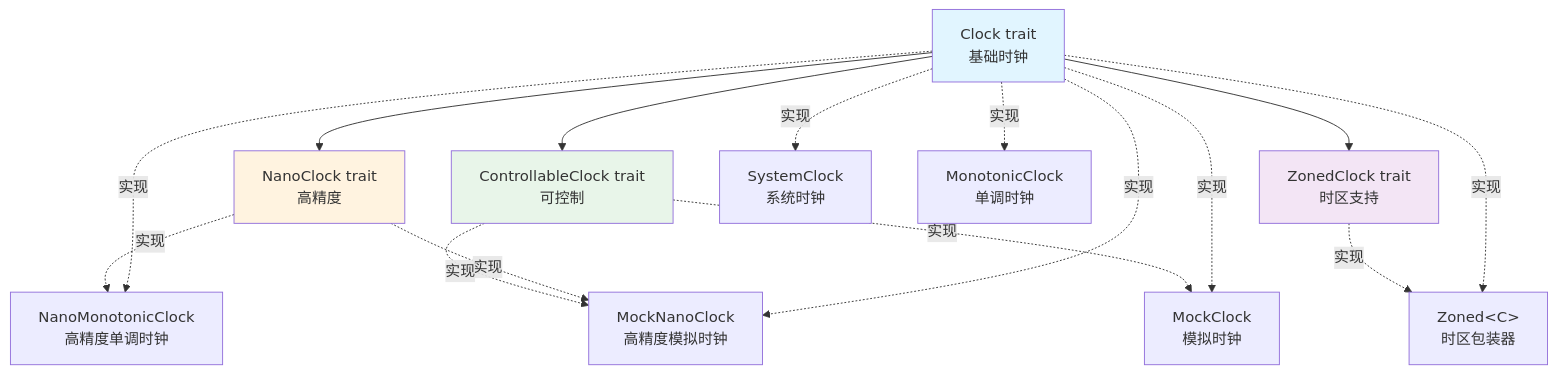
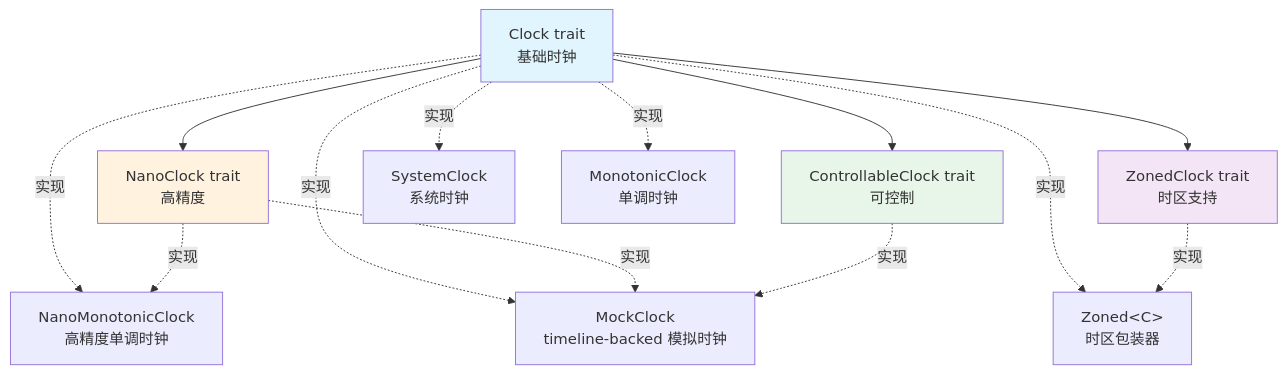
One commit to qubit-ltd/rs-clock changed the first of 2 diagrams in doc/clock_design.zh_CN.md. Above: the diagram before and after it, drawn with Mermaid. The commit also changed other lines of this file and 32 other files, not shown here.

````diff
--- a/doc/clock_design.zh_CN.md
+++ b/doc/clock_design.zh_CN.md
@@ -71,36 +75,33 @@
 ```mermaid
 graph TD
     Clock[Clock trait<br/>基础时钟]
     NanoClock[NanoClock trait<br/>高精度]
     ZonedClock[ZonedClock trait<br/>时区支持]
     ControllableClock[ControllableClock trait<br/>可控制]
 
     SystemClock[SystemClock<br/>系统时钟]
     MonotonicClock[MonotonicClock<br/>单调时钟]
     NanoMonotonicClock[NanoMonotonicClock<br/>高精度单调时钟]
-    MockClock[MockClock<br/>模拟时钟]
-    MockNanoClock[MockNanoClock<br/>高精度模拟时钟]
+    MockClock[MockClock<br/>timeline-backed 模拟时钟]
     Zoned[Zoned&lt;C&gt;<br/>时区包装器]
 
     Clock --> NanoClock
     Clock --> ZonedClock
     Clock --> ControllableClock
 
     Clock -.实现.-> SystemClock
     Clock -.实现.-> MonotonicClock
     Clock -.实现.-> NanoMonotonicClock
     Clock -.实现.-> MockClock
-    Clock -.实现.-> MockNanoClock
     Clock -.实现.-> Zoned
 
     NanoClock -.实现.-> NanoMonotonicClock
-    NanoClock -.实现.-> MockNanoClock
+    NanoClock -.实现.-> MockClock
     ZonedClock -.实现.-> Zoned
     ControllableClock -.实现.-> MockClock
-    ControllableClock -.实现.-> MockNanoClock
 
     style Clock fill:#e1f5ff
     style NanoClock fill:#fff3e0
     style ZonedClock fill:#f3e5f5
     style ControllableClock fill:#e8f5e9
 ```
````
